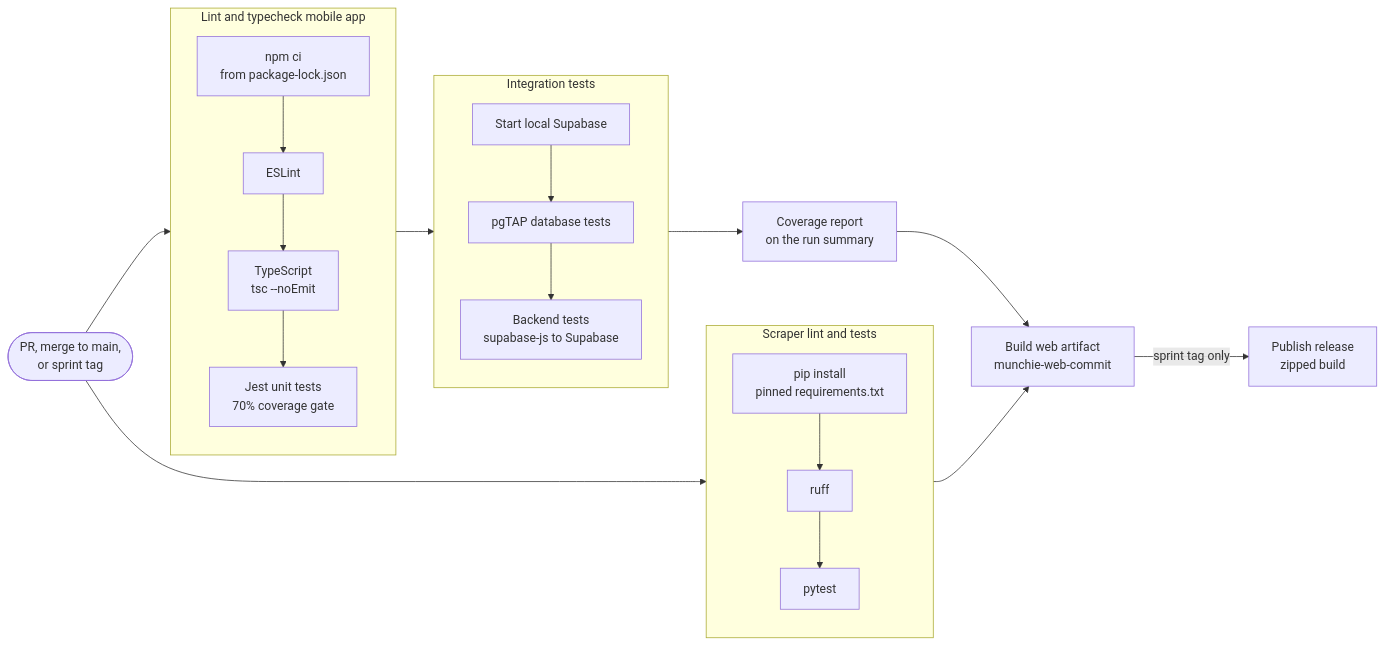
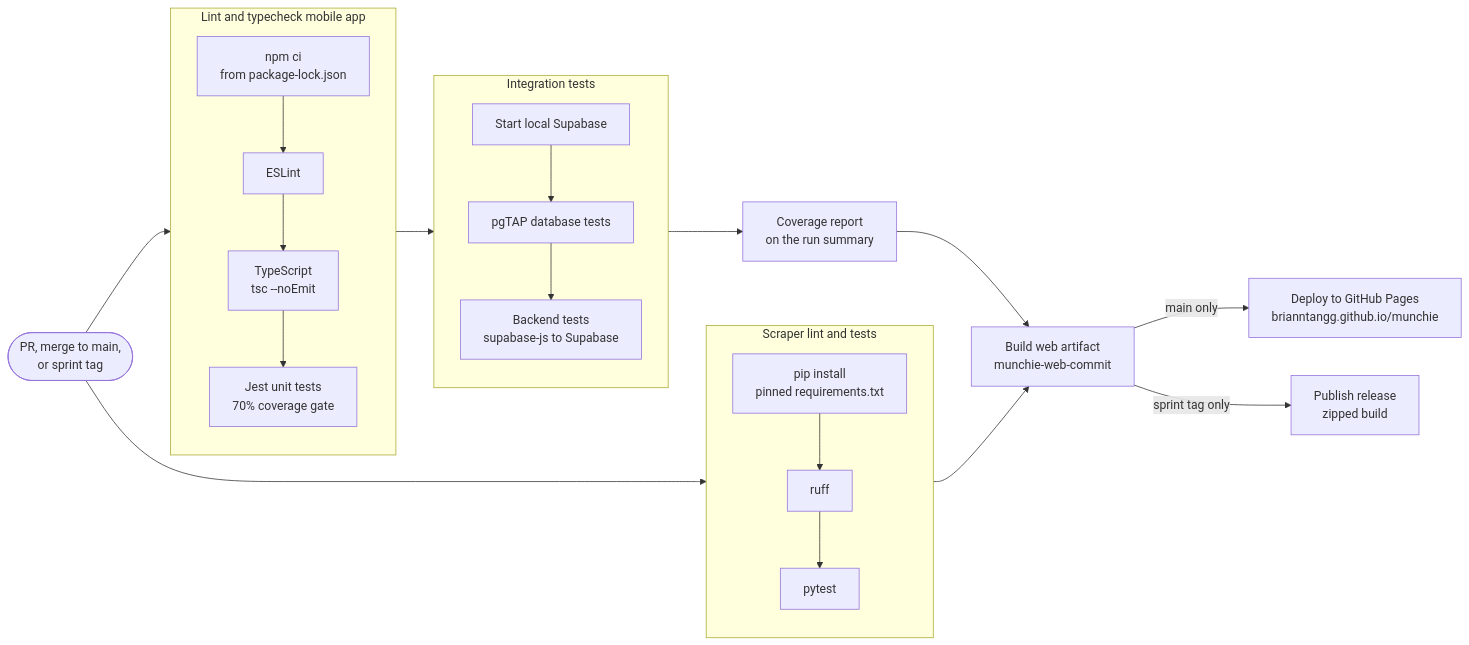
The diagram in docs/pipeline.md (brianntangg/munchie), drawn with Mermaid before and after one commit. The commit also changed other lines of this file and 8 other files, not shown here.

Commit message:
Deploy the web app to GitHub Pages on merge to main (#20)

````diff
--- a/docs/pipeline.md
+++ b/docs/pipeline.md
@@ -18,27 +18,29 @@
 ```mermaid
 flowchart LR
   trigger([PR, merge to main,<br/>or sprint tag])
 
   subgraph unit [Lint and typecheck mobile app]
     direction TB
     install[npm ci<br/>from package-lock.json] --> lint[ESLint] --> tsc[TypeScript<br/>tsc --noEmit] --> jest[Jest unit tests<br/>70% coverage gate]
   end
 
   subgraph integration [Integration tests]
     direction TB
     supa[Start local Supabase] --> pgtap[pgTAP database tests] --> backend[Backend tests<br/>supabase-js to Supabase]
   end
 
   subgraph scraper [Scraper lint and tests]
     direction TB
     pip[pip install<br/>pinned requirements.txt] --> ruff[ruff] --> pytest[pytest]
   end
 
   coverage[Coverage report<br/>on the run summary]
   build[Build web artifact<br/>munchie-web-commit]
+  deploy[Deploy to GitHub Pages<br/>brianntangg.github.io/munchie]
   release[Publish release<br/>zipped build]
 
   trigger --> unit --> integration --> coverage --> build
   trigger --> scraper --> build
+  build -- main only --> deploy
   build -- sprint tag only --> release
 ```
````
